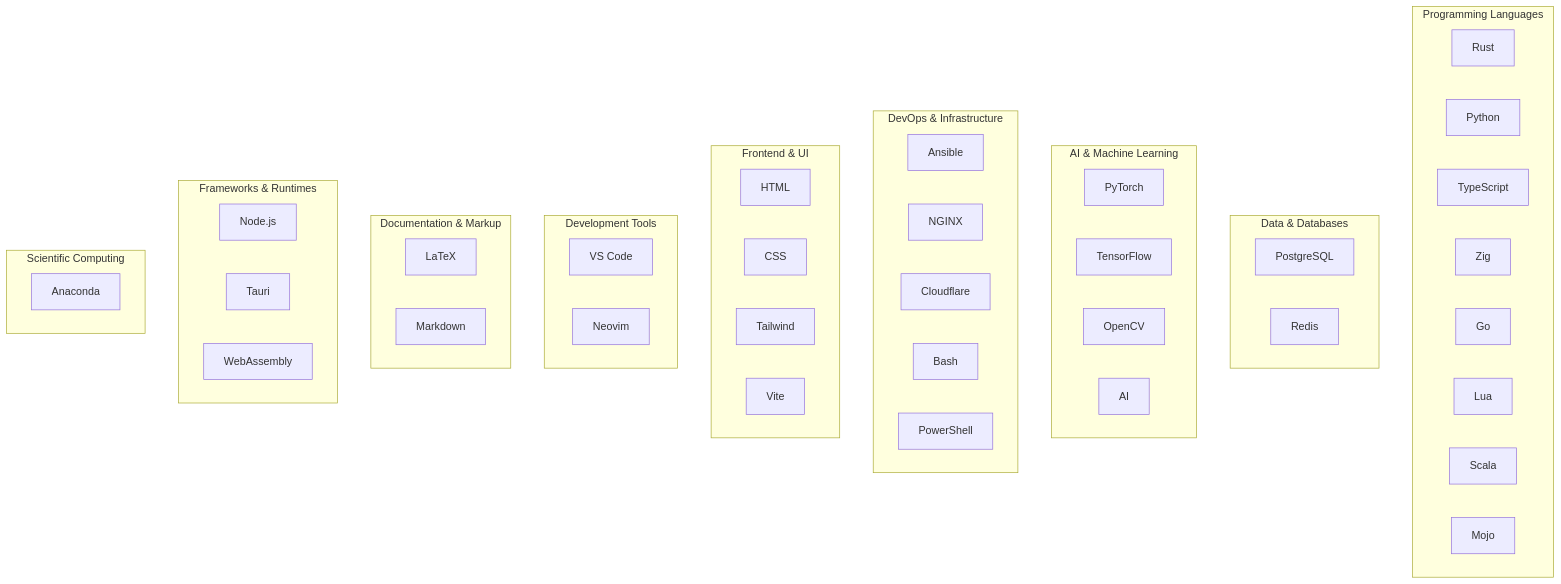
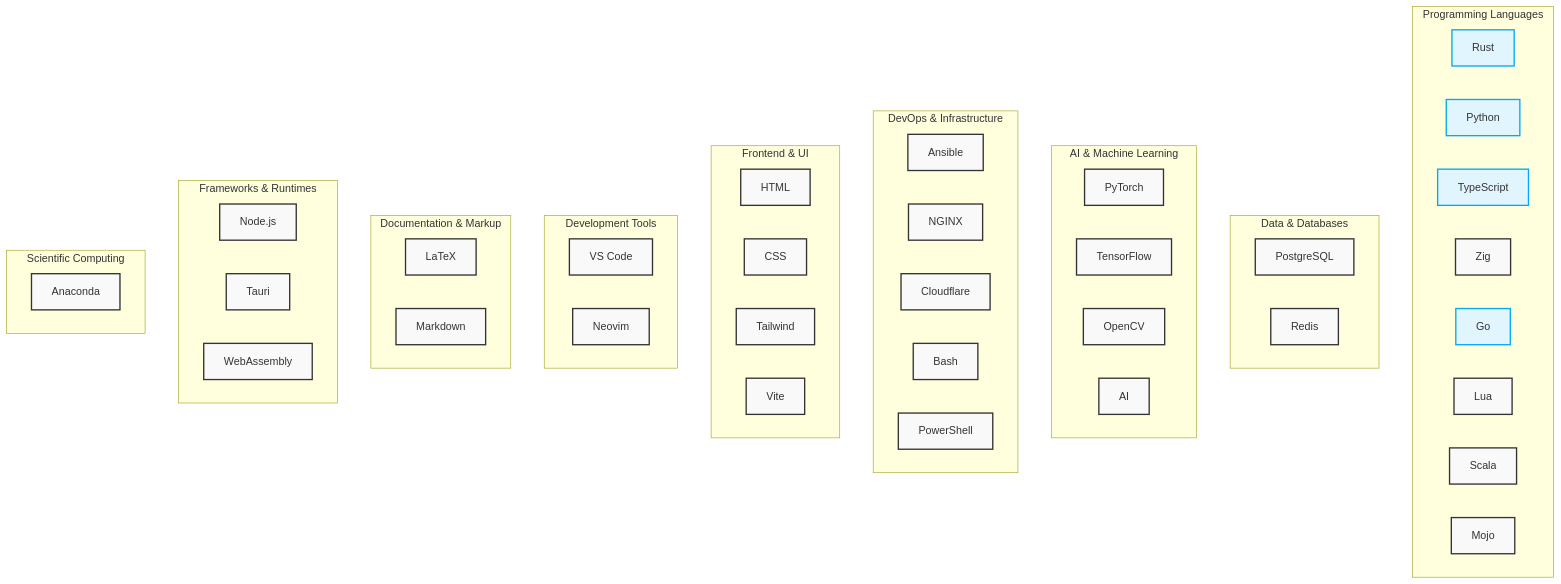
One commit to PhaedrusFlow/phaedrusflow changed the diagram in README.md. Above: the diagram before and after it, drawn with Mermaid.

````diff
--- a/README.md
+++ b/README.md
@@ -62,60 +62,64 @@
 ```mermaid
-graph TD
+graph TB
     subgraph "Programming Languages"
         Rust["Rust"]
         Python["Python"]
         TypeScript["TypeScript"]
         Zig["Zig"]
         Go["Go"]
         Lua["Lua"]
         Scala["Scala"]
         Mojo["Mojo"]
     end
     
     subgraph "Data & Databases"
         Postgres["PostgreSQL"]
         Redis["Redis"]
     end
     
     subgraph "AI & Machine Learning"
         PyTorch["PyTorch"]
         TensorFlow["TensorFlow"]
         OpenCV["OpenCV"]
         AI["AI"]
     end
     
     subgraph "DevOps & Infrastructure"
         Ansible["Ansible"]
         Nginx["NGINX"]
         Cloudflare["Cloudflare"]
         Bash["Bash"]
         PowerShell["PowerShell"]
     end
     
     subgraph "Frontend & UI"
         HTML["HTML"]
         CSS["CSS"]
         Tailwind["Tailwind"]
         Vite["Vite"]
     end
     
     subgraph "Development Tools"
         VSCode["VS Code"]
         Neovim["Neovim"]
     end
     
     subgraph "Documentation & Markup"
         LaTeX["LaTeX"]
         Markdown["Markdown"]
     end
     
     subgraph "Frameworks & Runtimes"
         NodeJS["Node.js"]
         Tauri["Tauri"]
         WASM["WebAssembly"]
     end
     
     subgraph "Scientific Computing"
         Anaconda["Anaconda"]
     end
+
+    classDef default fill:#f9f9f9,stroke:#333,stroke-width:2px;
+    classDef highlight fill:#e1f5fe,stroke:#03a9f4,stroke-width:2px;
+    class Rust,Python,TypeScript,Go highlight;
 ```
````
